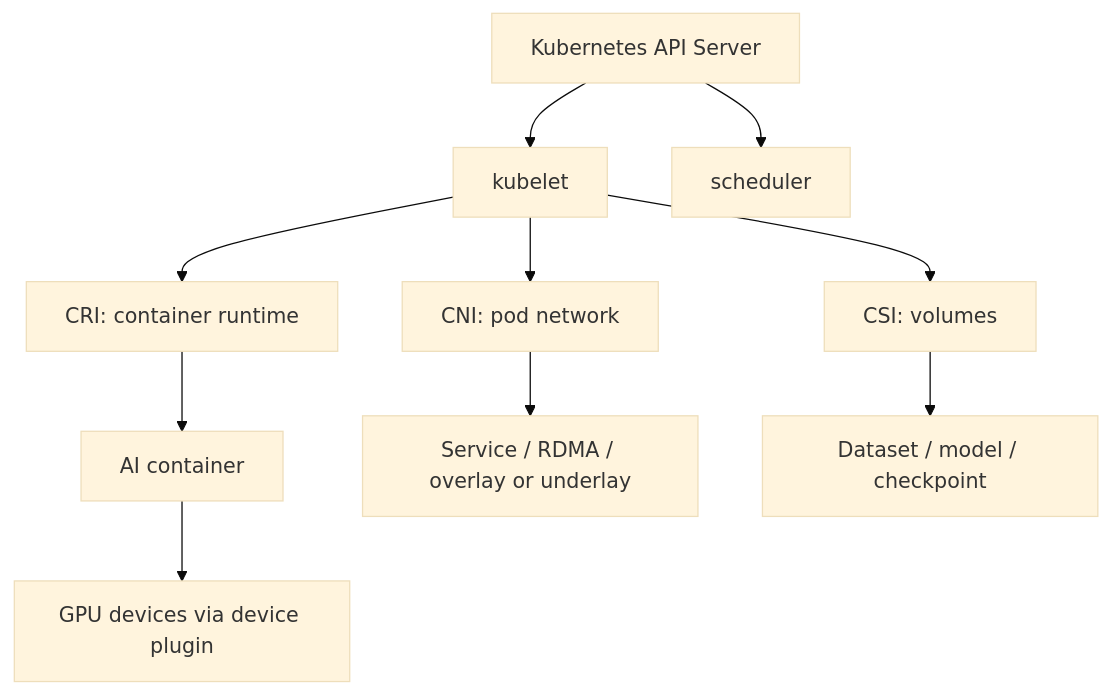
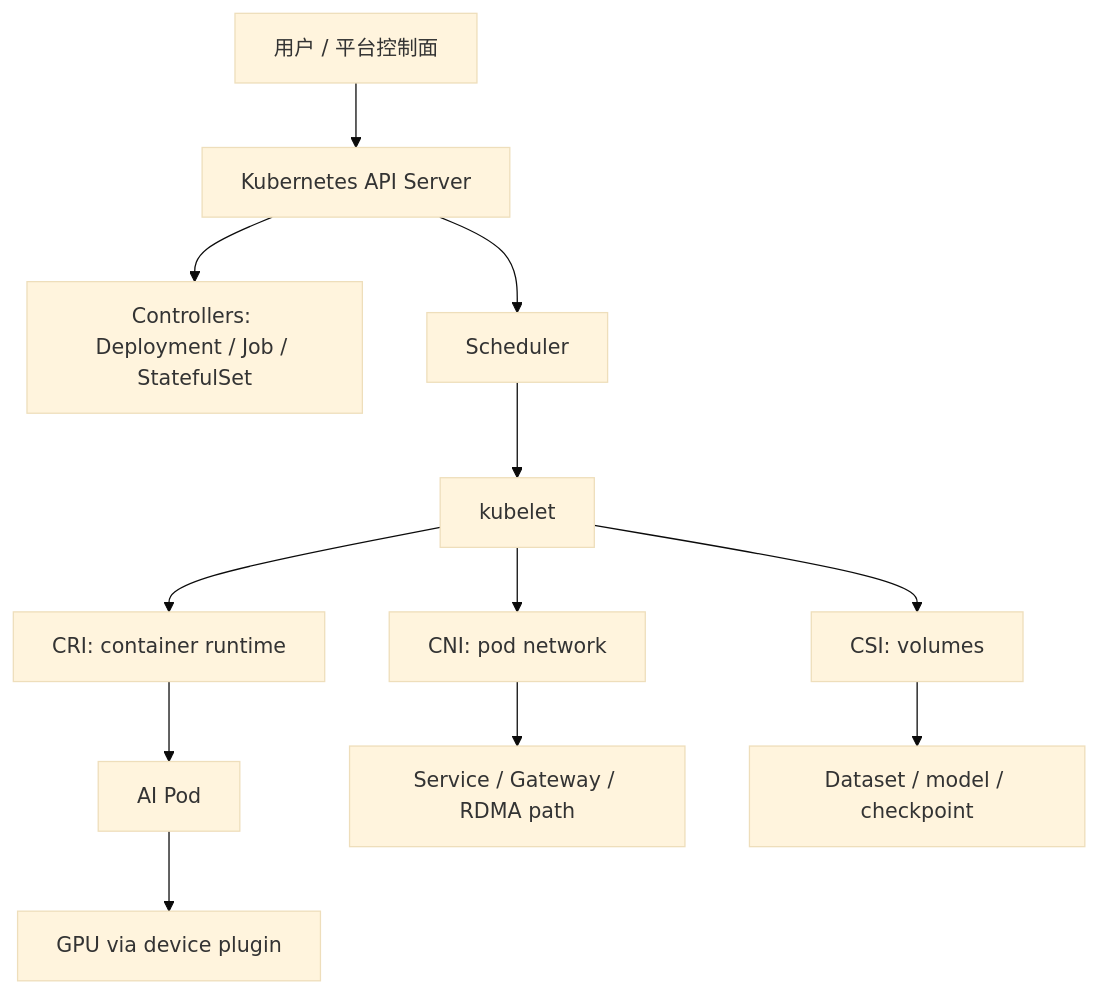
Before and after one commit to ikingye/ai-factory-engineering: the diagram in docs/part-05-orchestration/chapter-21-containers-kubernetes.md, drawn with Mermaid (base theme). The commit also changed other lines of this file and 2 other files, not shown here.

````diff
--- a/docs/part-05-orchestration/chapter-21-containers-kubernetes.md
+++ b/docs/part-05-orchestration/chapter-21-containers-kubernetes.md
@@ -75,12 +45,14 @@
 ```mermaid
 flowchart TB
-  API["Kubernetes API Server"] --> Kubelet["kubelet"]
-  API --> Scheduler["scheduler"]
+  User["用户 / 平台控制面"] --> API["Kubernetes API Server"]
+  API --> Controller["Controllers: Deployment / Job / StatefulSet"]
+  API --> Scheduler["Scheduler"]
+  Scheduler --> Kubelet["kubelet"]
   Kubelet --> CRI["CRI: container runtime"]
   Kubelet --> CNI["CNI: pod network"]
   Kubelet --> CSI["CSI: volumes"]
-  CRI --> Container["AI container"]
-  CNI --> Network["Service / RDMA / overlay or underlay"]
+  CRI --> Pod["AI Pod"]
+  CNI --> Network["Service / Gateway / RDMA path"]
   CSI --> Storage["Dataset / model / checkpoint"]
-  Container --> GPU["GPU devices via device plugin"]
+  Pod --> GPU["GPU via device plugin"]
 ```
````
